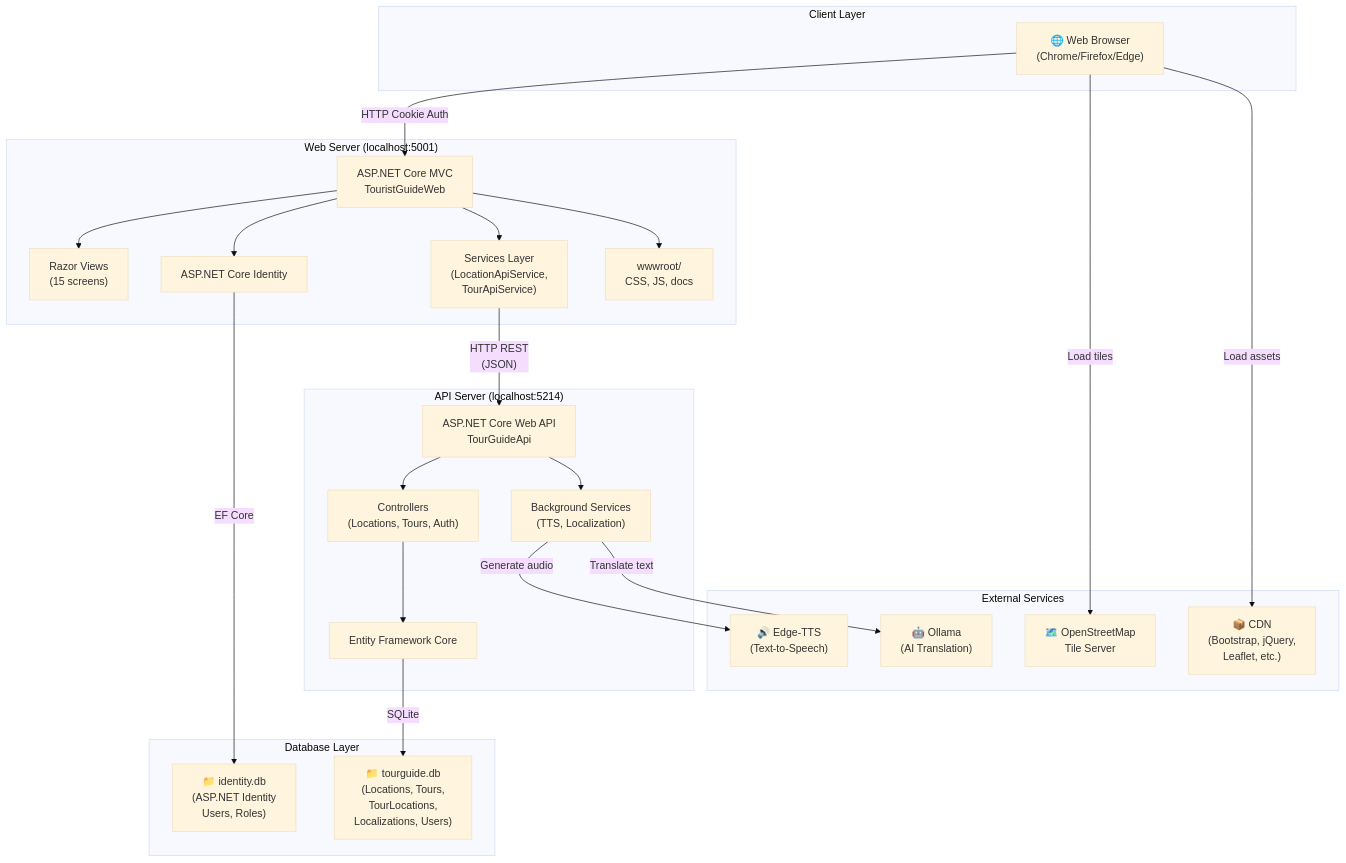
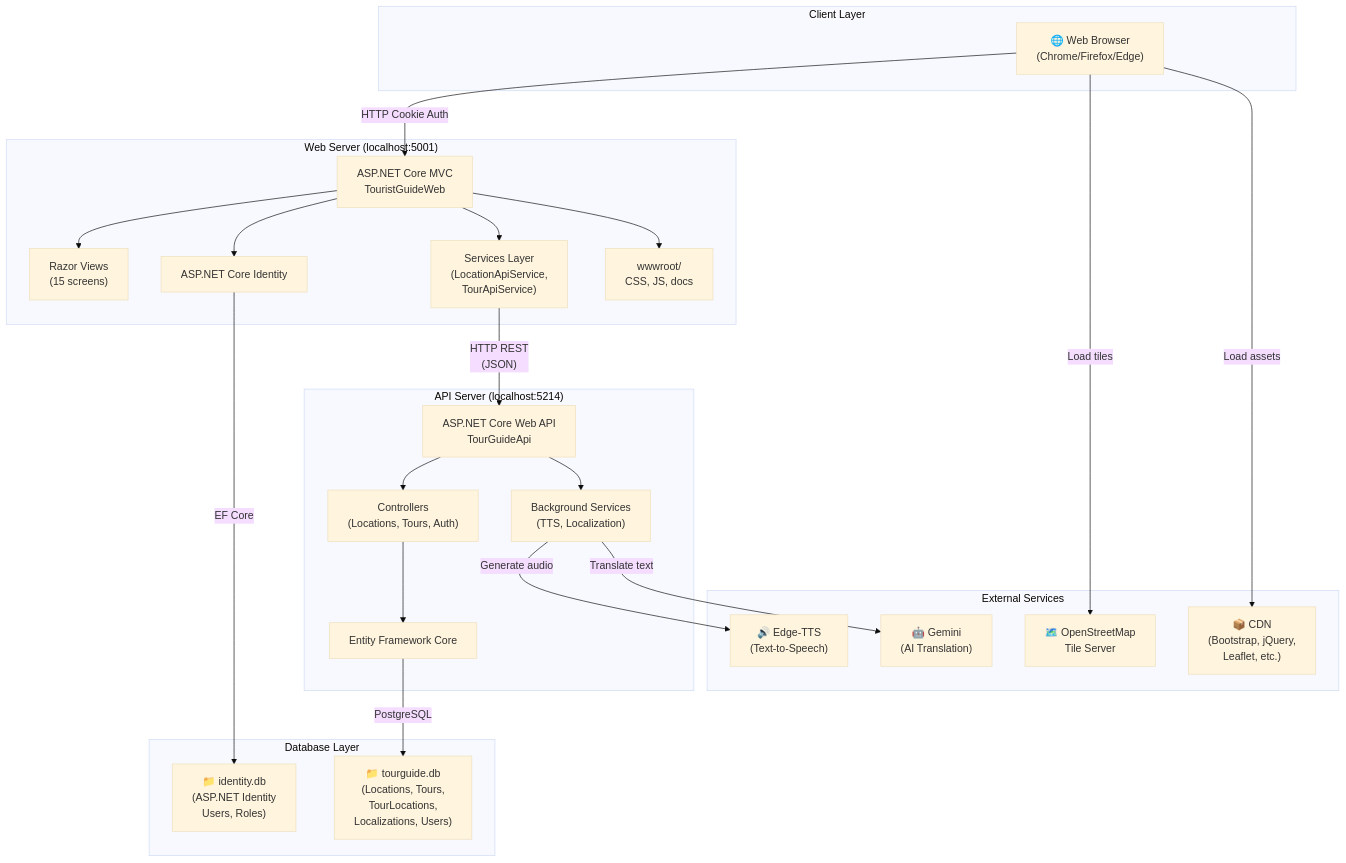
Diagram 19 of 20 in TouristGuideWeb/wwwroot/docs/PRD_v1.0.md (khanh123bo123/Csharpppppido), drawn with Mermaid (base theme) before and after one commit. The commit also changed 89 other files, not shown here.

````diff
--- a/TouristGuideWeb/wwwroot/docs/PRD_v1.0.md
+++ b/TouristGuideWeb/wwwroot/docs/PRD_v1.0.md
@@ -1387,49 +1387,49 @@
 ```mermaid
 flowchart TB
     subgraph Client["Client Layer"]
         Browser["🌐 Web Browser\n(Chrome/Firefox/Edge)"]
     end
 
     subgraph WebServer["Web Server (localhost:5001)"]
         MVC["ASP.NET Core MVC\nTouristGuideWeb"]
         Identity["ASP.NET Core Identity"]
         Views["Razor Views\n(15 screens)"]
         Services["Services Layer\n(LocationApiService,\nTourApiService)"]
         Static["wwwroot/\nCSS, JS, docs"]
     end
 
     subgraph APIServer["API Server (localhost:5214)"]
         API["ASP.NET Core Web API\nTourGuideApi"]
         Controllers["Controllers\n(Locations, Tours, Auth)"]
         EFCore["Entity Framework Core"]
         Background["Background Services\n(TTS, Localization)"]
     end
 
     subgraph Database["Database Layer"]
         IdentityDB["📁 identity.db\n(ASP.NET Identity\nUsers, Roles)"]
         TourGuideDB["📁 tourguide.db\n(Locations, Tours,\nTourLocations,\nLocalizations, Users)"]
     end
 
     subgraph External["External Services"]
         OSM["🗺️ OpenStreetMap\nTile Server"]
         CDN["📦 CDN\n(Bootstrap, jQuery,\nLeaflet, etc.)"]
         EdgeTTS["🔊 Edge-TTS\n(Text-to-Speech)"]
-        Ollama["🤖 Ollama\n(AI Translation)"]
+        Gemini["🤖 Gemini\n(AI Translation)"]
     end
 
     Browser -->|"HTTP Cookie Auth"| MVC
     Browser -->|"Load tiles"| OSM
     Browser -->|"Load assets"| CDN
     MVC --> Views
     MVC --> Identity
     MVC --> Services
     MVC --> Static
     Identity -->|"EF Core"| IdentityDB
     Services -->|"HTTP REST\n(JSON)"| API
     API --> Controllers
     Controllers --> EFCore
-    EFCore -->|"SQLite"| TourGuideDB
+    EFCore -->|"PostgreSQL"| TourGuideDB
     API --> Background
     Background -->|"Generate audio"| EdgeTTS
-    Background -->|"Translate text"| Ollama
+    Background -->|"Translate text"| Gemini
 ```
````
